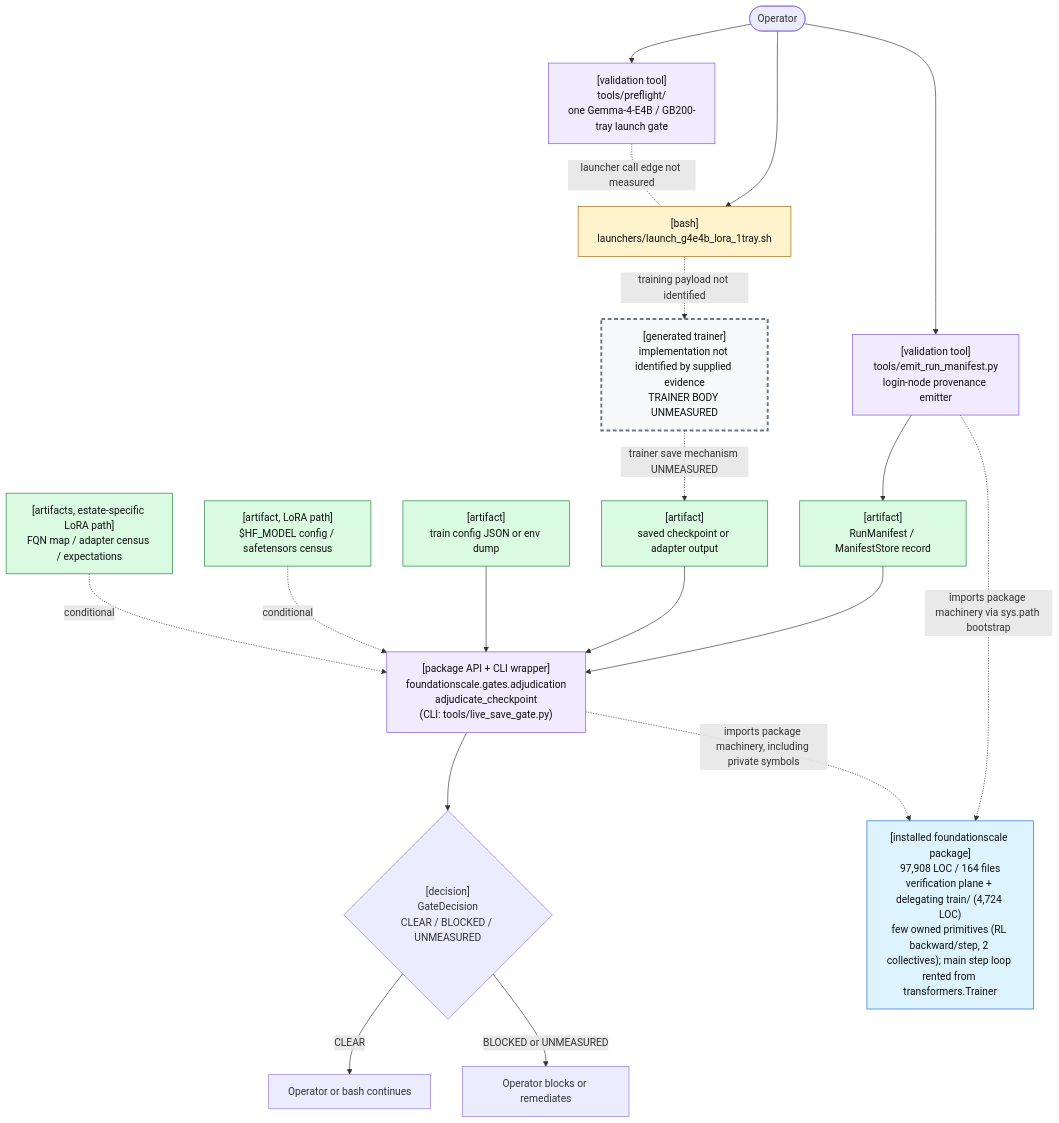
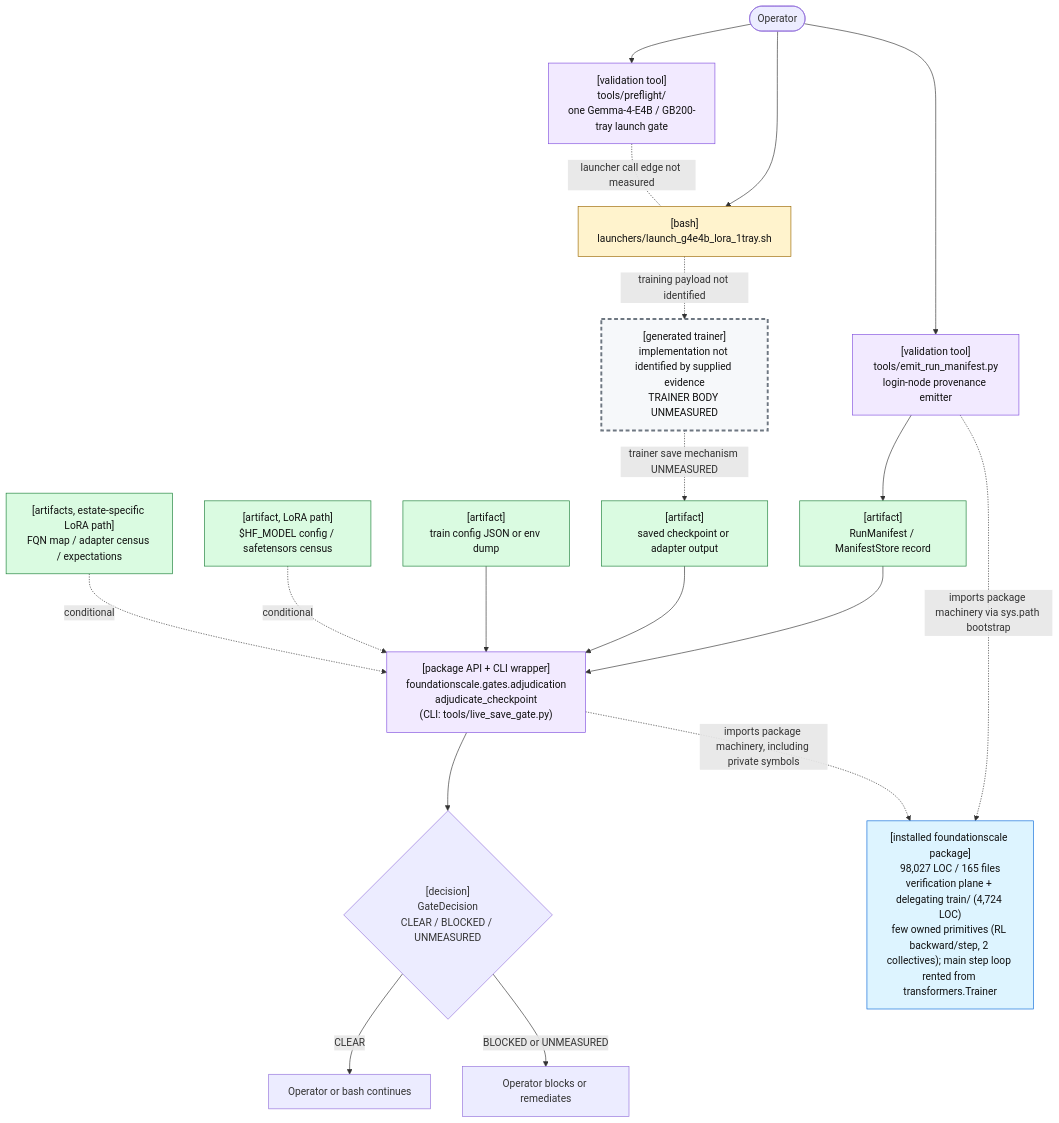
The first of 2 diagrams in docs/review/D2_current_architecture.md (TranNhiem/FoundationScale), drawn with Mermaid before and after one commit. The commit also changed other lines of this file and 10 other files, not shown here.

````diff
--- a/docs/review/D2_current_architecture.md
+++ b/docs/review/D2_current_architecture.md
@@ -25,59 +25,59 @@
 ```mermaid
 flowchart TB
   O(["Operator"])
 
   PF["[validation tool]<br/>tools/preflight/<br/>one Gemma-4-E4B / GB200-tray launch gate"]
   L["[bash]<br/>launchers/launch_g4e4b_lora_1tray.sh"]
 
   E["[validation tool]<br/>tools/emit_run_manifest.py<br/>login-node provenance emitter"]
   M["[artifact]<br/>RunManifest / ManifestStore record"]
 
   T["[generated trainer]<br/>implementation not identified by supplied evidence<br/>TRAINER BODY UNMEASURED"]
   C["[artifact]<br/>saved checkpoint or adapter output"]
 
   G["[package API + CLI wrapper]<br/>foundationscale.gates.adjudication<br/>adjudicate_checkpoint<br/>(CLI: tools/live_save_gate.py)"]
   CFG["[artifact]<br/>train config JSON or env dump"]
   BASE["[artifact, LoRA path]<br/>$HF_MODEL config / safetensors census"]
   CEN["[artifacts, estate-specific LoRA path]<br/>FQN map / adapter census / expectations"]
 
   D{"[decision]<br/>GateDecision<br/>CLEAR / BLOCKED / UNMEASURED"}
   OK["Operator or bash continues"]
   NO["Operator blocks or remediates"]
 
-  PKG["[installed foundationscale package]<br/>97,908 LOC / 164 files<br/>verification plane + delegating train/ (4,724 LOC)<br/>few owned primitives (RL backward/step, 2 collectives); main step loop rented from transformers.Trainer"]
+  PKG["[installed foundationscale package]<br/>98,027 LOC / 165 files<br/>verification plane + delegating train/ (4,724 LOC)<br/>few owned primitives (RL backward/step, 2 collectives); main step loop rented from transformers.Trainer"]
 
   O --> PF
   O --> L
   PF -. "launcher call edge not measured" .- L
 
   O --> E
   E --> M
 
   L -. "training payload not identified" .-> T
   T -. "trainer save mechanism UNMEASURED" .-> C
 
   M --> G
   C --> G
   CFG --> G
   BASE -. "conditional" .-> G
   CEN -. "conditional" .-> G
 
   E -. "imports package machinery via sys.path bootstrap" .-> PKG
   G -. "imports package machinery, including private symbols" .-> PKG
 
   G --> D
   D -->|"CLEAR"| OK
   D -->|"BLOCKED or UNMEASURED"| NO
 
   classDef bash fill:#fff3cd,stroke:#9a6700,color:#111;
   classDef tool fill:#f2eaff,stroke:#8250df,color:#111;
   classDef artifact fill:#dafbe1,stroke:#1a7f37,color:#111;
   classDef gap fill:#f6f8fa,stroke:#6e7781,stroke-width:3px,stroke-dasharray: 6 4,color:#111;
   classDef pkg fill:#ddf4ff,stroke:#0969da,color:#111;
 
   class L bash;
   class PF,E,G tool;
   class M,C,CFG,BASE,CEN artifact;
   class T gap;
   class PKG pkg;
 ```
````
